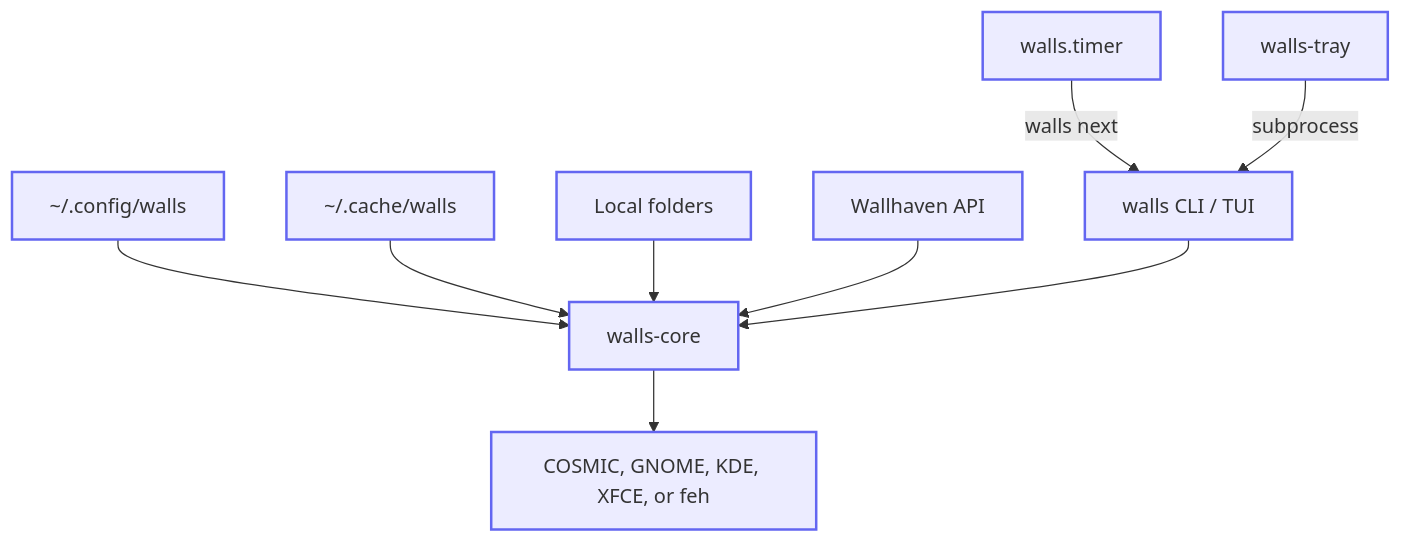
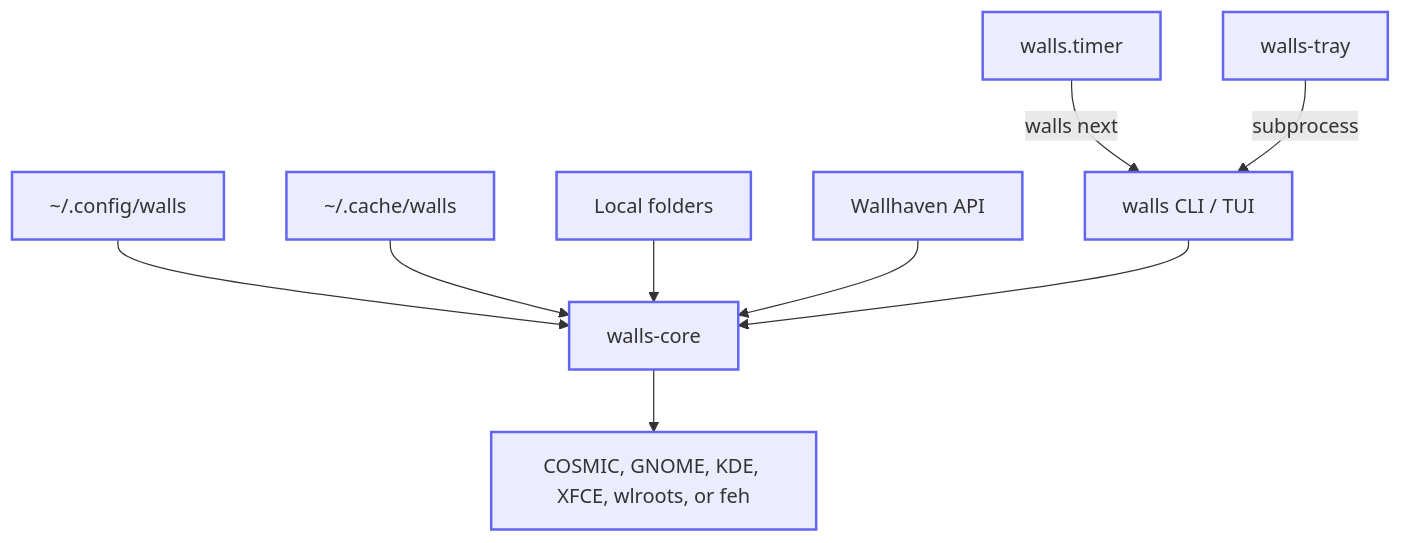
The diagram in README.md (willfish/walls), drawn with Mermaid before and after one commit. The commit also changed other lines of this file and 7 other files, not shown here.

First line of the commit message:
feat: add wlroots apply backends (#78)

````diff
--- a/README.md
+++ b/README.md
@@ -50,24 +50,24 @@
 ```mermaid
 flowchart TD
     CONFIG["~/.config/walls"]
     CACHE["~/.cache/walls"]
     LOCAL[Local folders]
     WH[Wallhaven API]
     TIMER[walls.timer]
     TRAY[walls-tray]
     CLI["walls CLI / TUI"]
     CORE[walls-core]
-    APPLY["COSMIC, GNOME, KDE, XFCE, or feh"]
+    APPLY["COSMIC, GNOME, KDE, XFCE, wlroots, or feh"]
 
     TIMER -->|walls next| CLI
     TRAY -->|subprocess| CLI
     CONFIG --> CORE
     CACHE --> CORE
     LOCAL --> CORE
     WH --> CORE
     CLI --> CORE
     CORE --> APPLY
 
     classDef box stroke:#6366f1,stroke-width:2px
     class CONFIG,CACHE,LOCAL,WH,TIMER,TRAY,CLI,CORE,APPLY box
 ```
````
